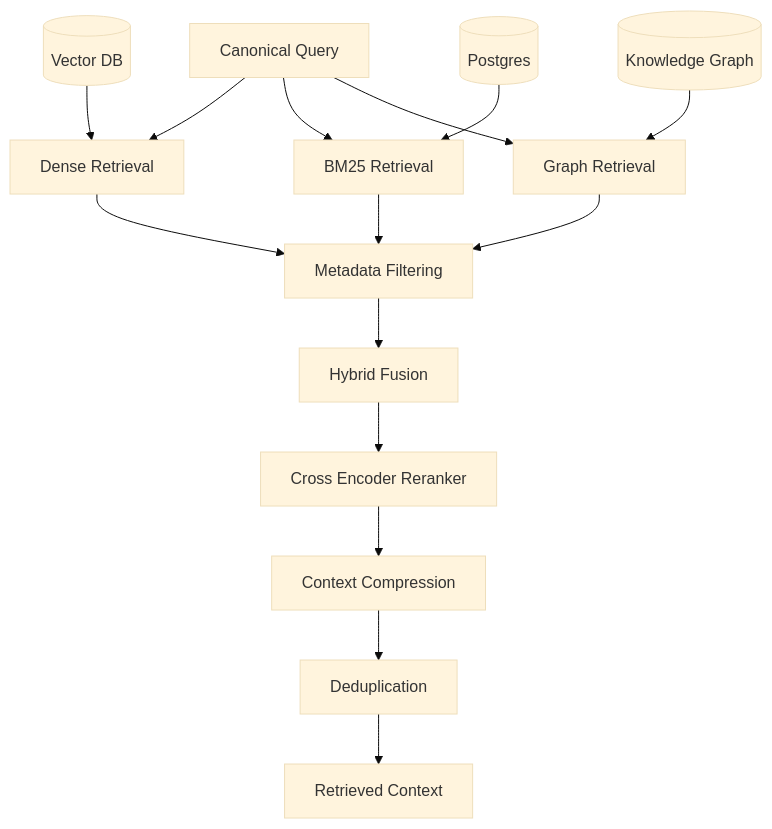
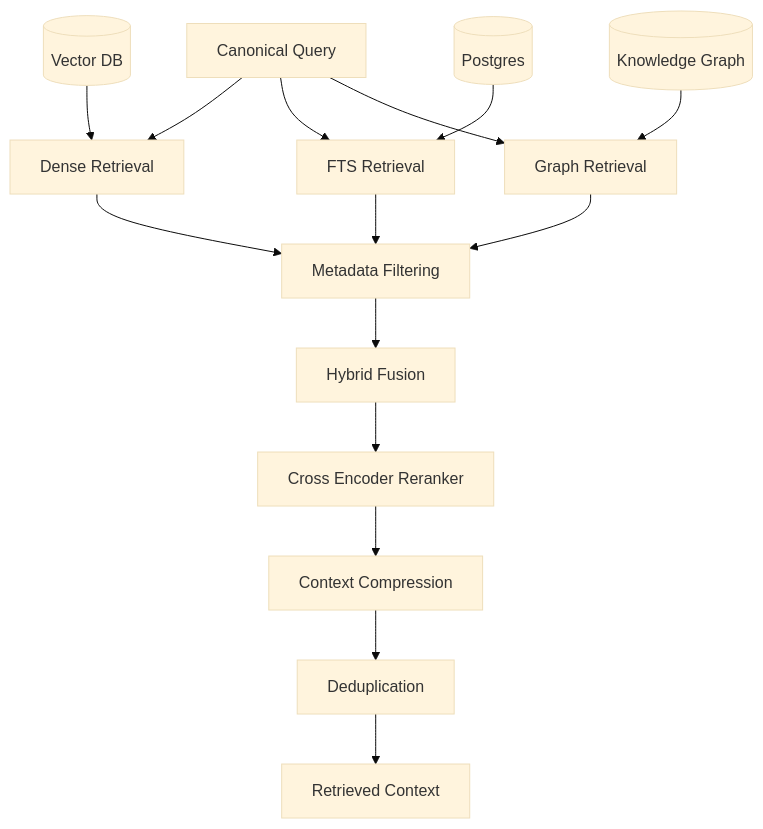
Before and after one commit to ntirth005/RAG2Prod: the fifth of 12 diagrams in README.md, drawn with Mermaid (base theme). The commit also changed other lines of this file, not shown here.

Commit message:
docs: update README to reflect PostgreSQL FTS architecture

````diff
--- a/README.md
+++ b/README.md
@@ -579,44 +579,44 @@
 ```mermaid
 flowchart TD
 
 Query[Canonical Query]
 
 Query --> Dense
 
 Query --> Sparse
 
 Query --> Graph
 
 Dense[Dense Retrieval]
-Sparse[BM25 Retrieval]
+Sparse[FTS Retrieval]
 Graph[Graph Retrieval]
 
 VectorDB[(Vector DB)] --> Dense
 Postgres[(Postgres)] --> Sparse
 KG[(Knowledge Graph)] --> Graph
 
 Dense --> Filter
 Sparse --> Filter
 Graph --> Filter
 
 Filter[Metadata Filtering]
 
 Filter --> Fusion
 
 Fusion[Hybrid Fusion]
 
 Fusion --> Reranker
 
 Reranker[Cross Encoder Reranker]
 
 Reranker --> Compression
 
 Compression[Context Compression]
 
 Compression --> Dedup
 
 Dedup[Deduplication]
 
 Dedup --> Results[Retrieved Context]
 
 ```
````
